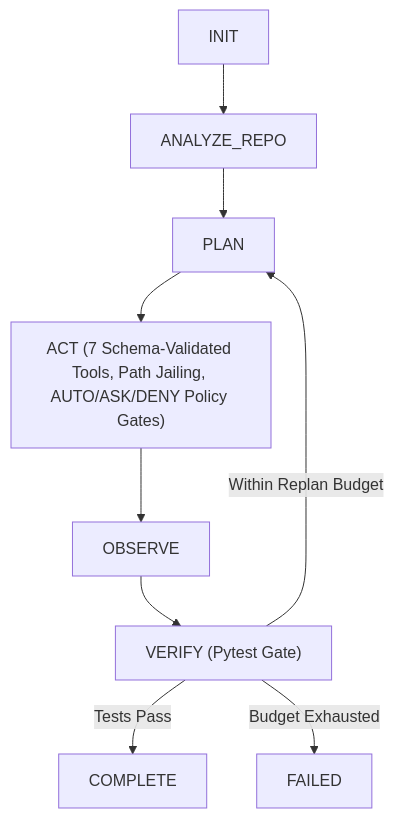
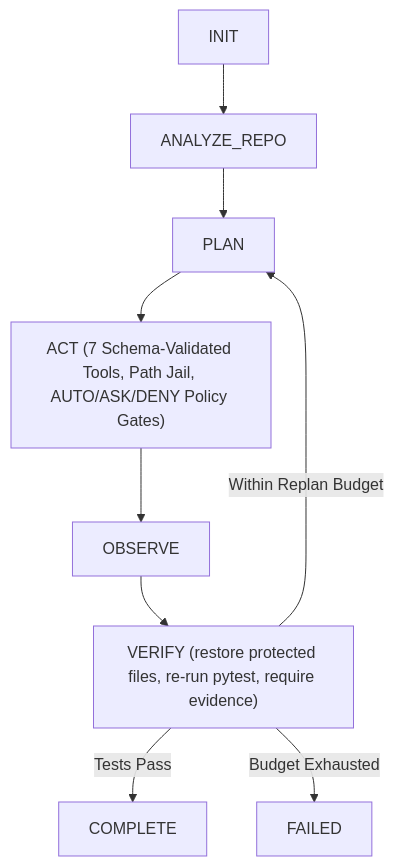
One commit to vaibhav3000/repo-engineer changed the first of 5 diagrams in README.md. Above: the diagram before and after it, drawn with Mermaid. The commit also changed other lines of this file and 4 other files, not shown here.

````diff
--- a/README.md
+++ b/README.md
@@ -10,11 +10,11 @@
 ```mermaid
 flowchart TD
     INIT --> ANALYZE_REPO
     ANALYZE_REPO --> PLAN
-    PLAN --> ACT["ACT (7 Schema-Validated Tools, Path Jailing, AUTO/ASK/DENY Policy Gates)"]
+    PLAN --> ACT["ACT (7 Schema-Validated Tools, Path Jail, AUTO/ASK/DENY Policy Gates)"]
     ACT --> OBSERVE
-    OBSERVE --> VERIFY["VERIFY (Pytest Gate)"]
+    OBSERVE --> VERIFY["VERIFY (restore protected files, re-run pytest, require evidence)"]
     VERIFY -->|Tests Pass| COMPLETE
     VERIFY -->|Within Replan Budget| PLAN
     VERIFY -->|Budget Exhausted| FAILED
 ```
````
